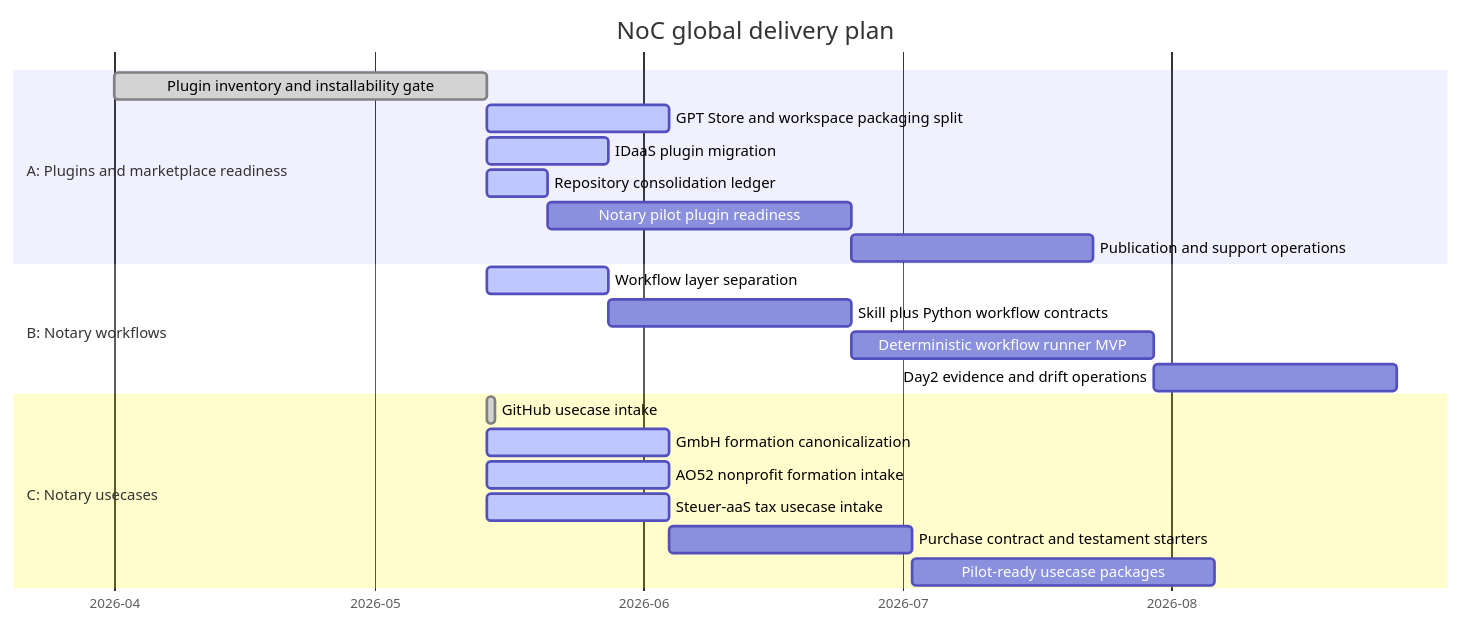
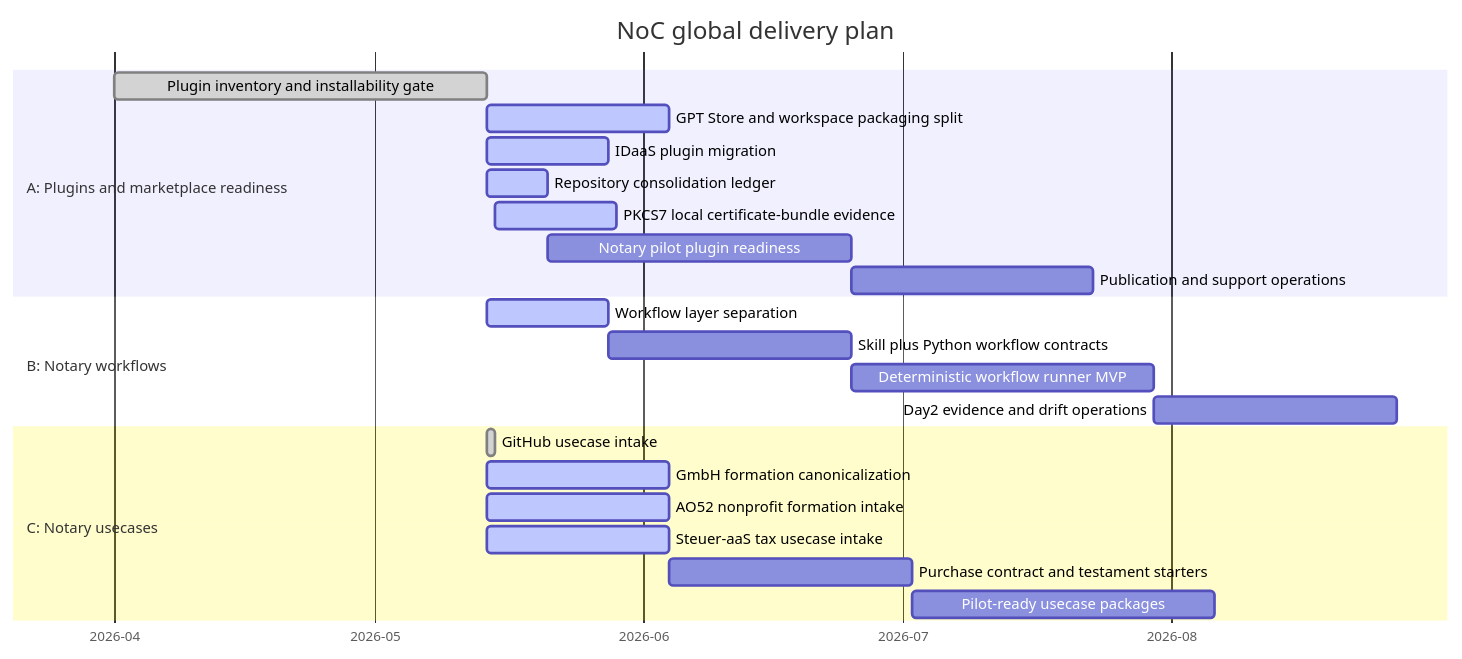
Before and after one commit to notariat8/NaC: the diagram in roadmap/GANTT.md, drawn with Mermaid. The commit also changed other lines of this file and 12 other files, not shown here.

````diff
--- a/roadmap/GANTT.md
+++ b/roadmap/GANTT.md
@@ -12,28 +12,29 @@
 ```mermaid
 gantt
     title NoC global delivery plan
     dateFormat  YYYY-MM-DD
     axisFormat  %Y-%m
 
     section A: Plugins and marketplace readiness
     Plugin inventory and installability gate     :done,    a1, 2026-04-01, 2026-05-14
     GPT Store and workspace packaging split      :active,  a2, 2026-05-14, 21d
     IDaaS plugin migration                       :active,  a3, 2026-05-14, 14d
     Repository consolidation ledger              :active,  a4, 2026-05-14, 7d
+    PKCS7 local certificate-bundle evidence      :active,  a4a, 2026-05-15, 14d
     Notary pilot plugin readiness                :         a5, after a4, 35d
     Publication and support operations           :         a6, after a5, 28d
 
     section B: Notary workflows
     Workflow layer separation                    :active,  b1, 2026-05-14, 14d
     Skill plus Python workflow contracts         :         b2, after b1, 28d
     Deterministic workflow runner MVP            :         b3, after b2, 35d
     Day2 evidence and drift operations           :         b4, after b3, 28d
 
     section C: Notary usecases
     GitHub usecase intake                        :done,    c1, 2026-05-14, 1d
     GmbH formation canonicalization              :active,  c2, 2026-05-14, 21d
     AO52 nonprofit formation intake              :active,  c3, 2026-05-14, 21d
     Steuer-aaS tax usecase intake                :active,  c4, 2026-05-14, 21d
     Purchase contract and testament starters     :         c5, after c4, 28d
     Pilot-ready usecase packages                 :         c6, after c5, 35d
 ```
````
